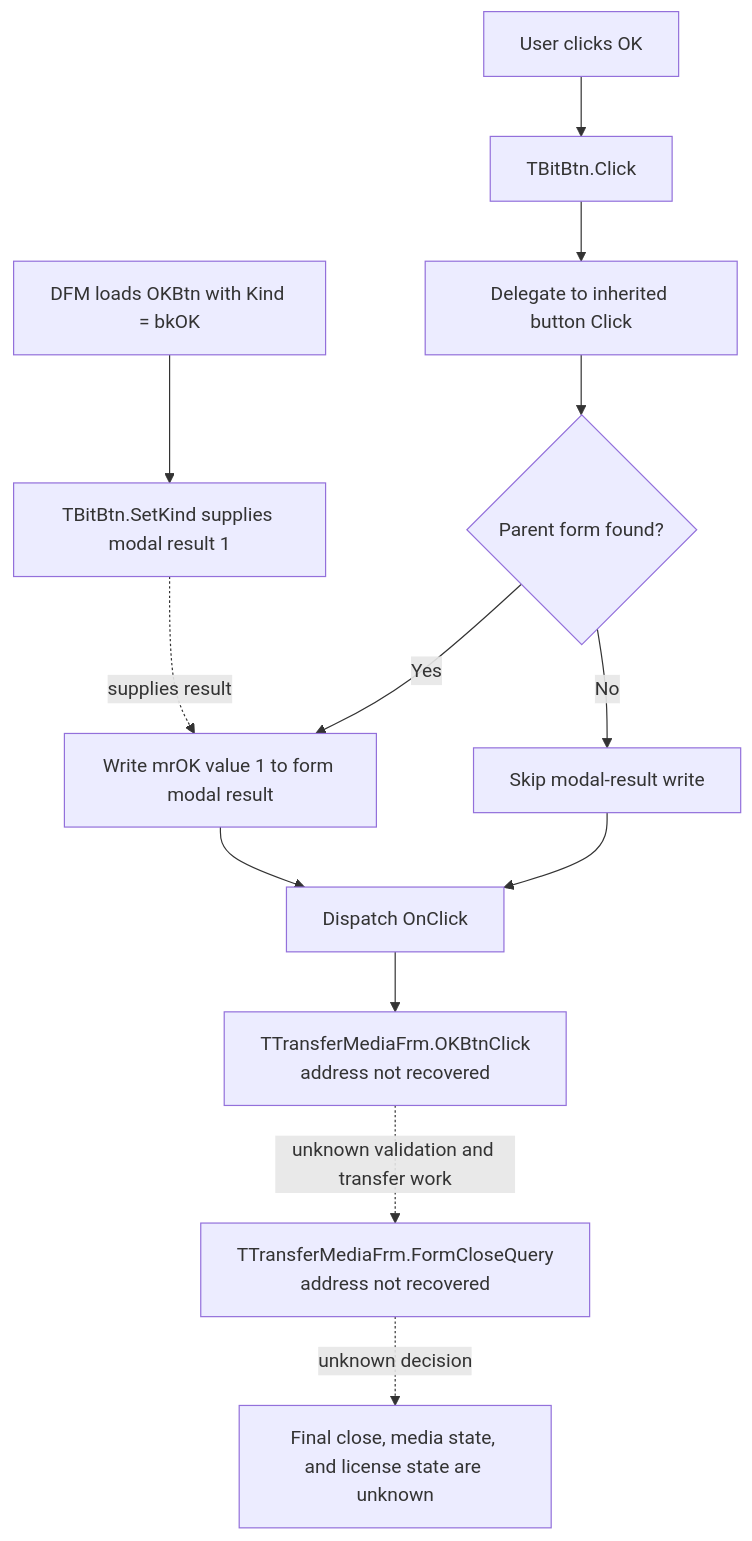
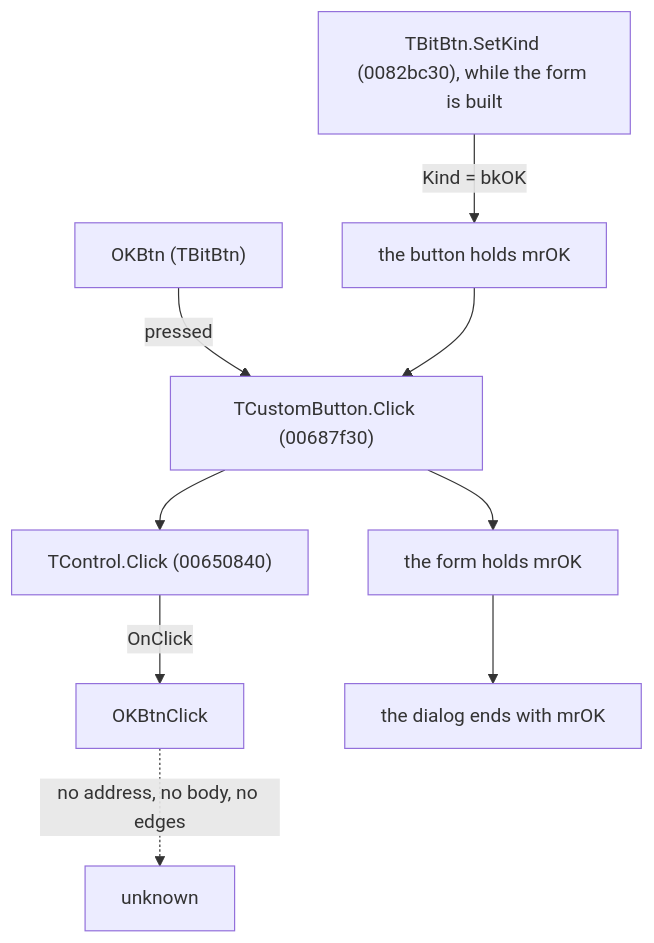
The diagram in docs/ui-controls/transfermediafrm/okbtn-6c1f7d5233.md (MovGP0/TIARA), drawn with Mermaid before and after one commit. The commit also changed other lines of this file and 106 other files, not shown here.

````diff
--- a/docs/ui-controls/transfermediafrm/okbtn-6c1f7d5233.md
+++ b/docs/ui-controls/transfermediafrm/okbtn-6c1f7d5233.md
@@ -50,15 +31,14 @@
 ```mermaid
 flowchart TD
-    resource["DFM loads OKBtn with Kind = bkOK"] --> kindSetter["TBitBtn.SetKind supplies modal result 1"]
-    click["User clicks OK"] --> bitClick["TBitBtn.Click"]
-    bitClick --> inherited["Delegate to inherited button Click"]
-    inherited --> parent{"Parent form found?"}
-    parent -->|Yes| request["Write mrOK value 1 to form modal result"]
-    parent -->|No| noRequest["Skip modal-result write"]
-    request --> dispatch["Dispatch OnClick"]
-    noRequest --> dispatch
-    kindSetter -. "supplies result" .-> request
-    dispatch --> custom["TTransferMediaFrm.OKBtnClick<br/>address not recovered"]
-    custom -. "unknown validation and transfer work" .-> closeQuery["TTransferMediaFrm.FormCloseQuery<br/>address not recovered"]
-    closeQuery -. "unknown decision" .-> outcome["Final close, media state, and license state are unknown"]
+    control["OKBtn (TBitBtn)"]
+    handler["OKBtnClick"]
+    setkind["TBitBtn.SetKind (0082bc30), while the form is built"]
+    setkind -->|"Kind = bkOK"| held["the button holds mrOK"]
+    control -->|"pressed"| press["TCustomButton.Click (00687f30)"]
+    held --> press
+    press --> onform["the form holds mrOK"]
+    press --> dispatch["TControl.Click (00650840)"]
+    dispatch -->|"OnClick"| handler
+    onform --> close["the dialog ends with mrOK"]
+    handler -.->|"no address, no body, no edges"| gone["unknown"]
 ```
````
